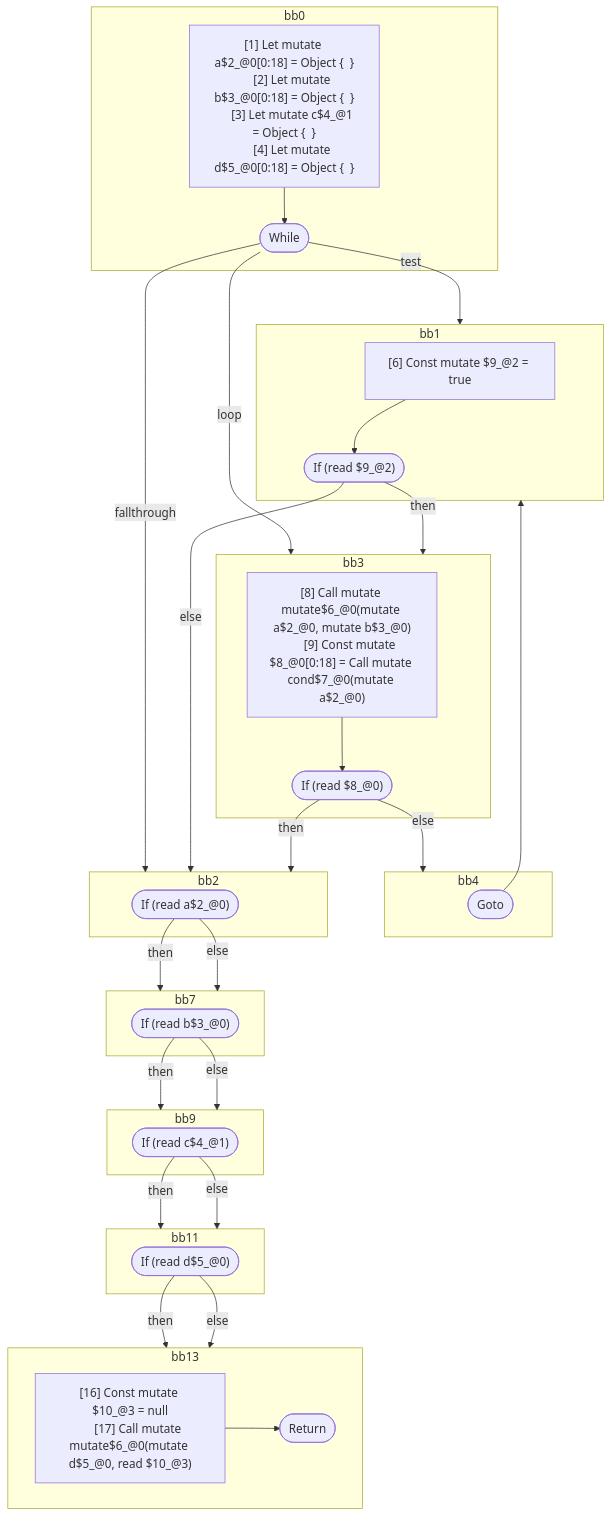
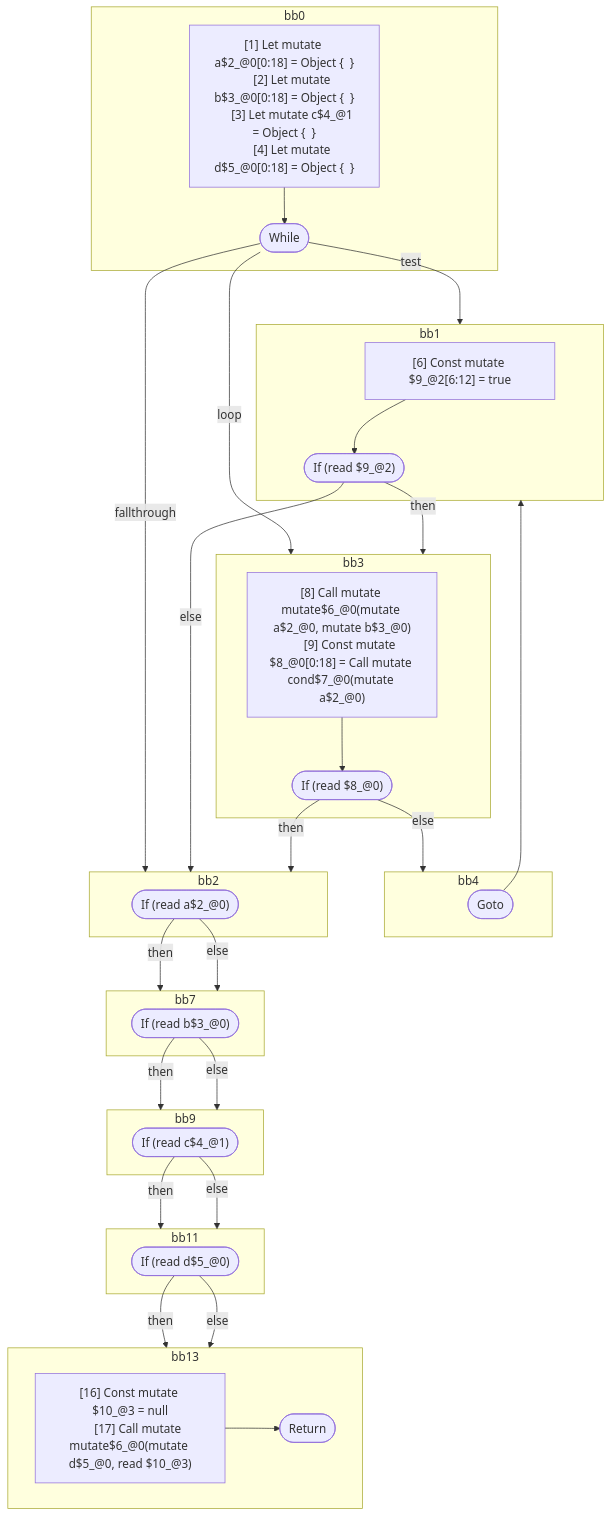
The third of 3 diagrams in compiler/forget/src/__tests__/fixtures/hir/mutable-liverange-loop.expect.md (wutsmog/private), drawn with Mermaid before and after one commit. The commit also changed other lines of this file and 26 other files, not shown here.

````diff
--- a/compiler/forget/src/__tests__/fixtures/hir/mutable-liverange-loop.expect.md
+++ b/compiler/forget/src/__tests__/fixtures/hir/mutable-liverange-loop.expect.md
@@ -135,67 +135,67 @@
 ```mermaid
 flowchart TB
   %% Basic Blocks
   subgraph bb0
     bb0_instrs["
       [1] Let mutate a$2_@0[0:18] = Object {  }
       [2] Let mutate b$3_@0[0:18] = Object {  }
       [3] Let mutate c$4_@1 = Object {  }
       [4] Let mutate d$5_@0[0:18] = Object {  }
     "]
     bb0_instrs --> bb0_terminal(["While"])
   end
   subgraph bb1
     bb1_instrs["
-      [6] Const mutate $9_@2 = true
+      [6] Const mutate $9_@2[6:12] = true
     "]
     bb1_instrs --> bb1_terminal(["If (read $9_@2)"])
   end
   subgraph bb3
     bb3_instrs["
       [8] Call mutate mutate$6_@0(mutate a$2_@0, mutate b$3_@0)
       [9] Const mutate $8_@0[0:18] = Call mutate cond$7_@0(mutate a$2_@0)
     "]
     bb3_instrs --> bb3_terminal(["If (read $8_@0)"])
   end
   subgraph bb4
     bb4_terminal(["Goto"])
   end
   subgraph bb2
     bb2_terminal(["If (read a$2_@0)"])
   end
   subgraph bb7
     bb7_terminal(["If (read b$3_@0)"])
   end
   subgraph bb9
     bb9_terminal(["If (read c$4_@1)"])
   end
   subgraph bb11
     bb11_terminal(["If (read d$5_@0)"])
   end
   subgraph bb13
     bb13_instrs["
       [16] Const mutate $10_@3 = null
       [17] Call mutate mutate$6_@0(mutate d$5_@0, read $10_@3)
     "]
     bb13_instrs --> bb13_terminal(["Return"])
   end
 
   %% Jumps
   bb0_terminal -- "test" --> bb1
   bb0_terminal -- "loop" --> bb3
   bb0_terminal -- "fallthrough" --> bb2
   bb1_terminal -- "then" --> bb3
   bb1_terminal -- "else" --> bb2
   bb3_terminal -- "then" --> bb2
   bb3_terminal -- "else" --> bb4
   bb4_terminal --> bb1
   bb2_terminal -- "then" --> bb7
   bb2_terminal -- "else" --> bb7
   bb7_terminal -- "then" --> bb9
   bb7_terminal -- "else" --> bb9
   bb9_terminal -- "then" --> bb11
   bb9_terminal -- "else" --> bb11
   bb11_terminal -- "then" --> bb13
   bb11_terminal -- "else" --> bb13
 
 ```
````
